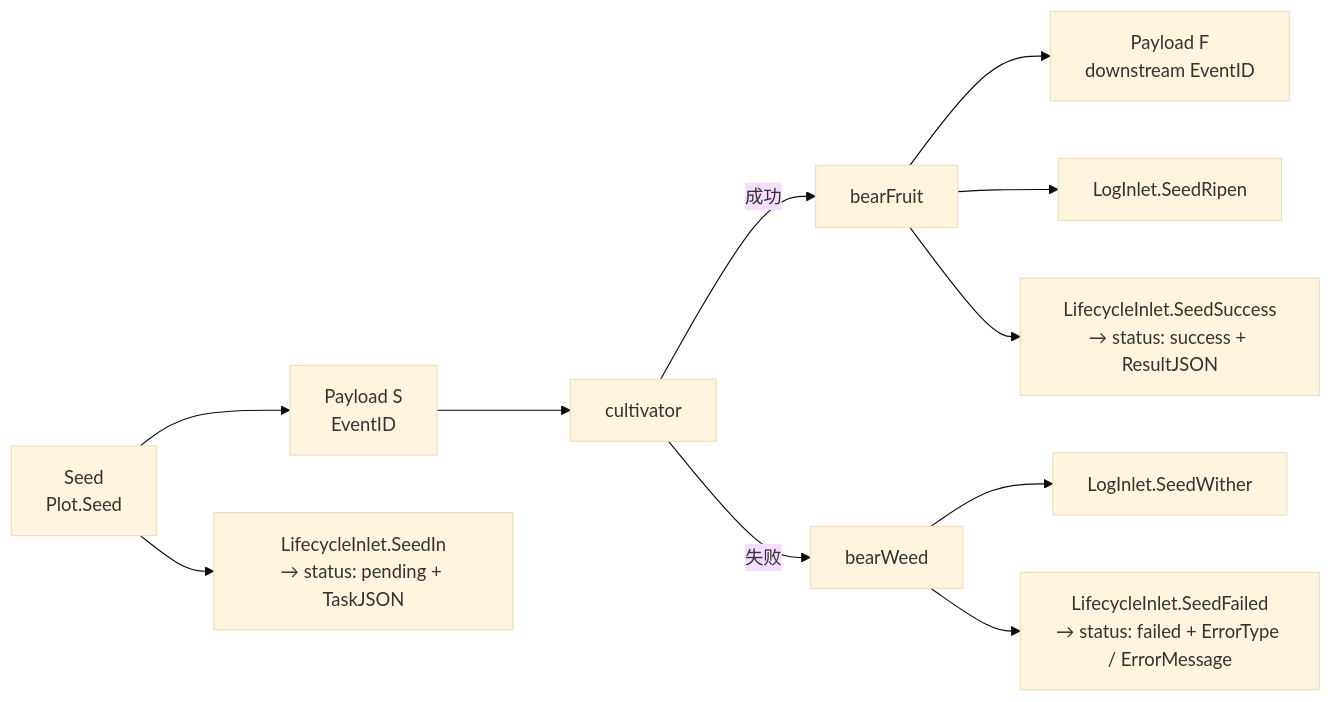
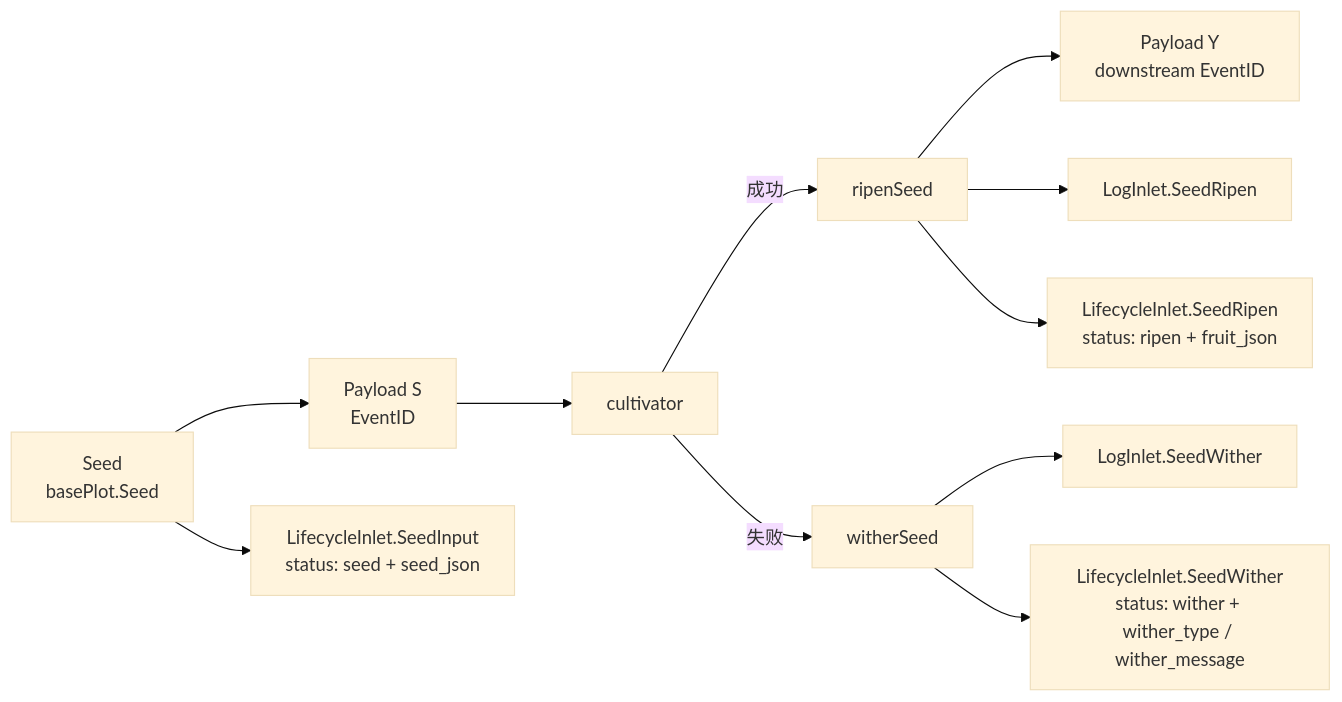
One commit to Mr-xiaotian/CelestialGrow changed the diagram in docs/zh-CN/pkg/runtime/type.md. Above: the diagram before and after it, drawn with Mermaid (base theme). The commit also changed other lines of this file and 34 other files, not shown here.

````diff
--- a/docs/zh-CN/pkg/runtime/type.md
+++ b/docs/zh-CN/pkg/runtime/type.md
@@ -126,13 +138,13 @@
 ```mermaid
 flowchart LR
-    Seed[Seed<br/>Plot.Seed] --> PA[Payload S<br/>EventID]
+    Seed[Seed<br/>basePlot.Seed] --> PA[Payload S<br/>EventID]
     PA --> Cult[cultivator]
-    Cult -->|成功| BF[bearFruit]
-    Cult -->|失败| BW[bearWeed]
-    BF --> FruitPayload[Payload F<br/>downstream EventID]
-    BF --> LI1[LogInlet.SeedRipen]
-    BF --> LI2[LifecycleInlet.SeedSuccess<br/>→ status: success + ResultJSON]
-    BW --> LI3[LogInlet.SeedWither]
-    BW --> LI4[LifecycleInlet.SeedFailed<br/>→ status: failed + ErrorType / ErrorMessage]
-    Seed --> LI0[LifecycleInlet.SeedIn<br/>→ status: pending + TaskJSON]
+    Cult -->|成功| Ripen[ripenSeed]
+    Cult -->|失败| Wither[witherSeed]
+    Ripen --> YieldPayload[Payload Y<br/>downstream EventID]
+    Ripen --> L1[LogInlet.SeedRipen]
+    Ripen --> L2[LifecycleInlet.SeedRipen<br/>status: ripen + fruit_json]
+    Wither --> L3[LogInlet.SeedWither]
+    Wither --> L4[LifecycleInlet.SeedWither<br/>status: wither + wither_type / wither_message]
+    Seed --> L0[LifecycleInlet.SeedInput<br/>status: seed + seed_json]
 ```
````
